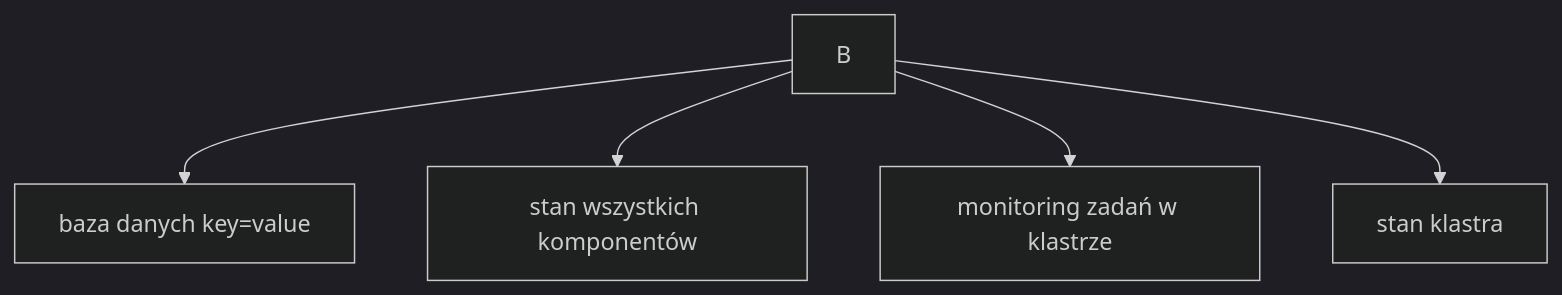
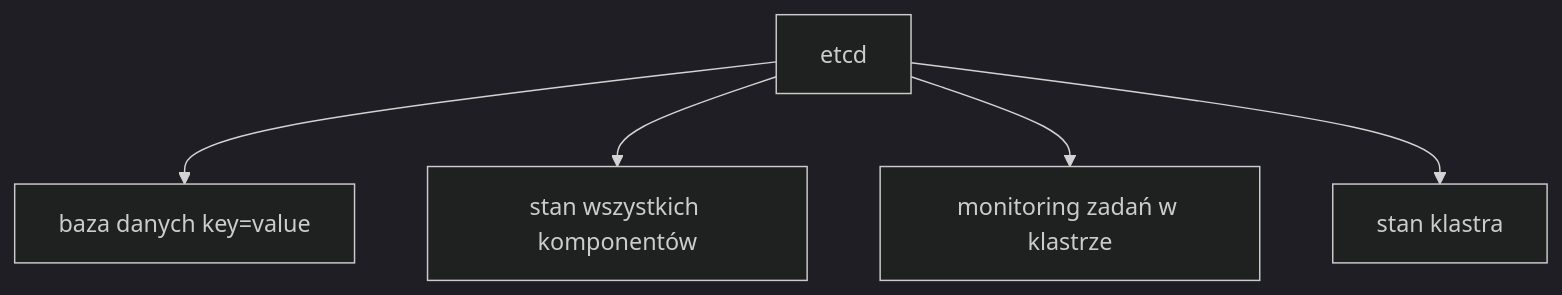
The second of 8 diagrams in README.md (DanyAAD90/k8s_understanding), drawn with Mermaid (dark theme) before and after one commit. The commit also changed other lines of this file, not shown here.

````diff
--- a/README.md
+++ b/README.md
@@ -11,7 +11,7 @@
 ```mermaid
 flowchart TD
-B --> D[baza danych key=value]
+B[etcd] --> D[baza danych key=value]
 B --> E[stan wszystkich komponentów]
 B --> F[monitoring zadań w klastrze]
 B --> G[stan klastra]
 ```
````
